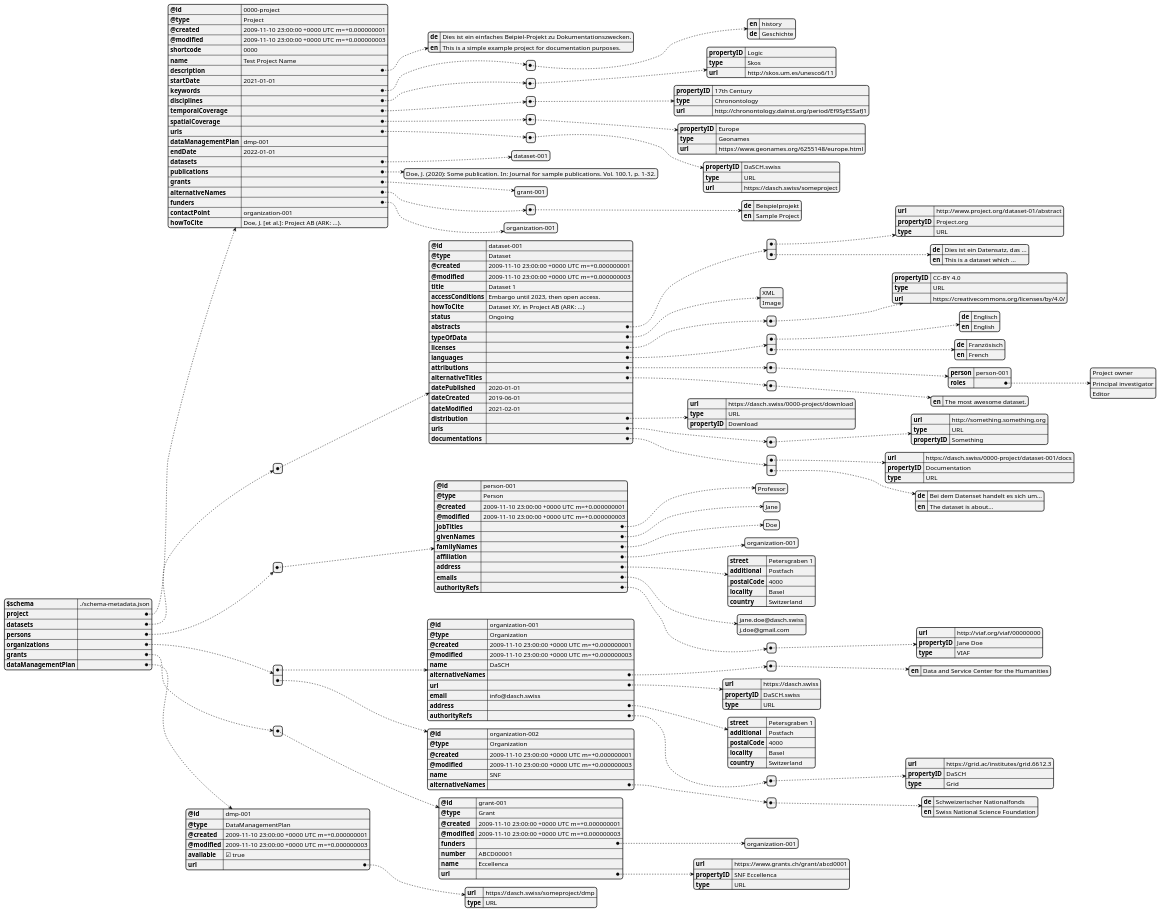
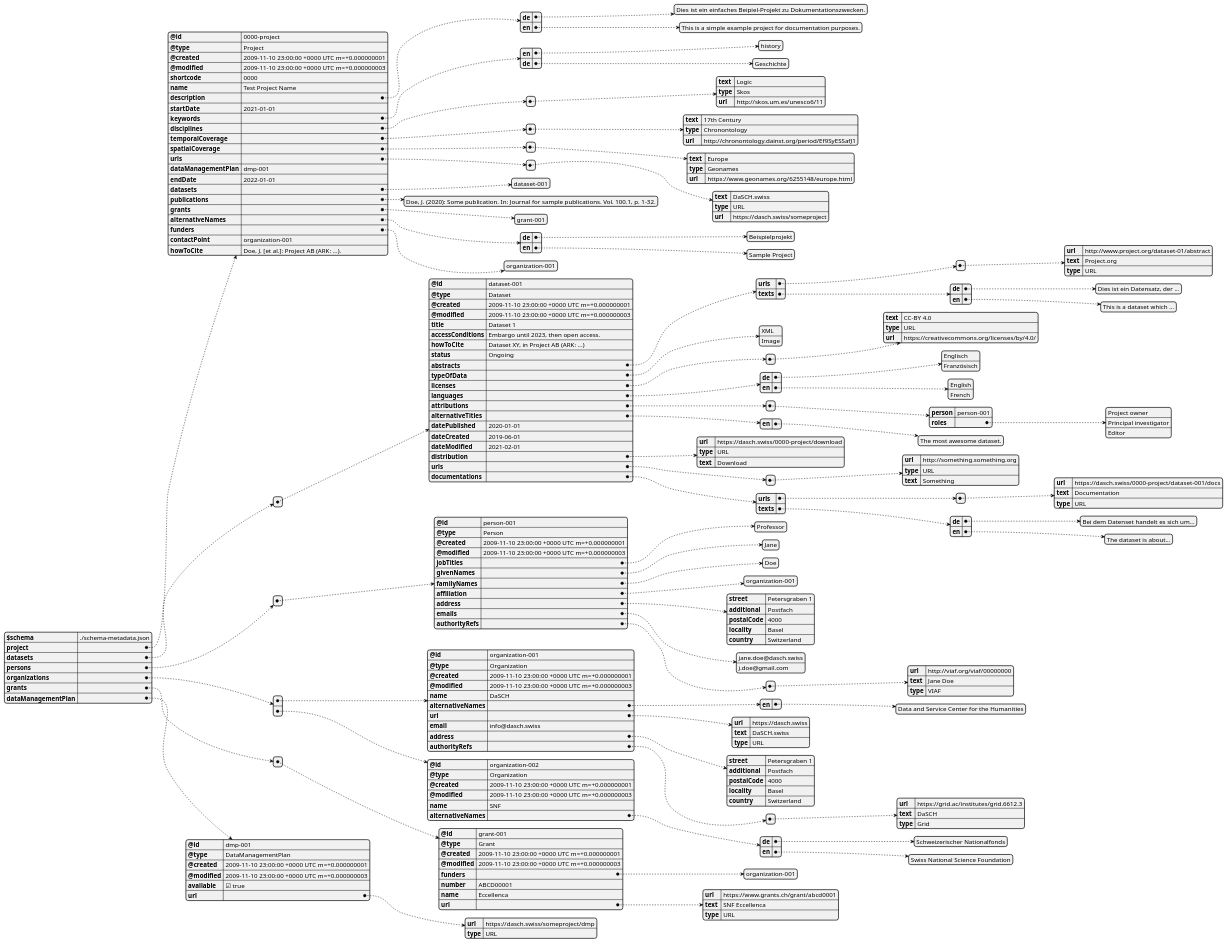
Before and after one commit to dasch-swiss/dasch-service-platform: the diagram in docs/services/metadata/api-example.puml, drawn with PlantUML. The commit also changed 2 other files, not shown here.

Commit message:
docs(metadata-service): restructure multi language text with single cardinality

```diff
--- a/docs/services/metadata/api-example.puml
+++ b/docs/services/metadata/api-example.puml
@@ -10,40 +10,42 @@
     "shortcode": "0000",
     "name": "Test Project Name",
     "description": {
-      "de": "Dies ist ein einfaches Beipiel-Projekt zu Dokumentationszwecken.",
-      "en": "This is a simple example project for documentation purposes."
+      "de": ["Dies ist ein einfaches Beipiel-Projekt zu Dokumentationszwecken."],
+      "en": ["This is a simple example project for documentation purposes."]
     },
     "startDate": "2021-01-01",
-    "keywords": [
-      {
-        "en": "history",
-        "de": "Geschichte"
-      }
-    ],
+    "keywords": {
+      "en": [
+        "history"
+      ],
+      "de": [
+        "Geschichte"
+      ]
+    },
     "disciplines": [
       {
-        "propertyID": "Logic",
+        "text": "Logic",
         "type": "Skos",
         "url": "http://skos.um.es/unesco6/11"
       }
     ],
     "temporalCoverage": [
       {
-        "propertyID": "17th Century",
+        "text": "17th Century",
         "type": "Chronontology",
         "url": "http://chronontology.dainst.org/period/Ef9SyESSafJ1"
       }
     ],
     "spatialCoverage": [
       {
-        "propertyID": "Europe",
+        "text": "Europe",
         "type": "Geonames",
         "url": "https://www.geonames.org/6255148/europe.html"
       }
     ],
     "urls": [
       {
-        "propertyID": "DaSCH.swiss",
+        "text": "DaSCH.swiss",
         "type": "URL",
         "url": "https://dasch.swiss/someproject"
       }
@@ -59,12 +61,14 @@
     "grants": [
       "grant-001"
     ],
-    "alternativeNames": [
-      {
-        "de": "Beispielprojekt",
-        "en": "Sample Project"
-      }
-    ],
+    "alternativeNames": {
+      "de": [
+        "Beispielprojekt"
+      ],
+      "en": [
+        "Sample Project"
+      ]
+    },
     "funders": [
       "organization-001"
     ],
@@ -81,38 +85,44 @@
       "accessConditions": "Embargo until 2023, then open access.",
       "howToCite": "Dataset XY, in Project AB (ARK: ...)",
       "status": "Ongoing",
-      "abstracts": [
-        {
-          "url": "http://www.project.org/dataset-01/abstract",
-          "propertyID": "Project.org",
-          "type": "URL"
-        },
-        {
-          "de": "Dies ist ein Datensatz, das ...",
-          "en": "This is a dataset which ..."
+      "abstracts": {
+        "urls": [
+          {
+            "url": "http://www.project.org/dataset-01/abstract",
+            "text": "Project.org",
+            "type": "URL"
+          }
+        ],
+        "texts": {
+          "de": [
+            "Dies ist ein Datensatz, der ..."
+          ],
+          "en": [
+            "This is a dataset which ..."
+          ]
         }
-      ],
+      },
       "typeOfData": [
         "XML",
         "Image"
       ],
       "licenses": [
         {
-          "propertyID": "CC-BY 4.0",
+          "text": "CC-BY 4.0",
           "type": "URL",
           "url": "https://creativecommons.org/licenses/by/4.0/"
         }
       ],
-      "languages": [
-        {
-          "de": "Englisch",
-          "en": "English"
-        },
-        {
-          "de": "Französisch",
-          "en": "French"
-        }
-      ],
+      "languages": {
+        "de": [
+          "Englisch",
+          "Französisch"
+        ],
+        "en": [
+          "English",
+          "French"
+        ]
+      },
       "attributions": [
         {
           "person": "person-001",
@@ -123,37 +133,43 @@
           ]
         }
       ],
-      "alternativeTitles": [
-        {
-          "en": "The most awesome dataset."
-        }
-      ],
+      "alternativeTitles": {
+        "en": [
+          "The most awesome dataset."
+        ]
+      },
       "datePublished": "2020-01-01",
       "dateCreated": "2019-06-01",
       "dateModified": "2021-02-01",
       "distribution": {
         "url": "https://dasch.swiss/0000-project/download",
         "type": "URL",
-        "propertyID": "Download"
+        "text": "Download"
       },
       "urls": [
         {
           "url": "http://something.something.org",
           "type": "URL",
-          "propertyID": "Something"
+          "text": "Something"
         }
       ],
-      "documentations": [
-        {
-          "url": "https://dasch.swiss/0000-project/dataset-001/docs",
-          "propertyID": "Documentation",
-          "type": "URL"
-        },
-        {
-          "de": "Bei dem Datenset handelt es sich um...",
-          "en": "The dataset is about..."
+      "documentations": {
+        "urls": [
+          {
+            "url": "https://dasch.swiss/0000-project/dataset-001/docs",
+            "text": "Documentation",
+            "type": "URL"
+          }
+        ],
+        "texts": {
+          "de": [
+            "Bei dem Datenset handelt es sich um..."
+          ],
+          "en": [
+            "The dataset is about..."
+          ]
         }
-      ]
+      }
     }
   ],
   "persons": [
@@ -188,7 +204,7 @@
       "authorityRefs": [
         {
           "url": "http://viaf.org/viaf/00000000",
-          "propertyID": "Jane Doe",
+          "text": "Jane Doe",
           "type": "VIAF"
         }
       ]
@@ -201,14 +217,14 @@
       "@created": "2009-11-10 23:00:00 +0000 UTC m=+0.000000001",
       "@modified": "2009-11-10 23:00:00 +0000 UTC m=+0.000000003",
       "name": "DaSCH",
-      "alternativeNames": [
-        {
-          "en": "Data and Service Center for the Humanities"
-        }
-      ],
+      "alternativeNames": {
+        "en": [
+          "Data and Service Center for the Humanities"
+        ]
+      },
       "url": {
         "url": "https://dasch.swiss",
-        "propertyID": "DaSCH.swiss",
+        "text": "DaSCH.swiss",
         "type": "URL"
       },
       "email": "info@dasch.swiss",
@@ -222,7 +238,7 @@
       "authorityRefs": [
         {
           "url": "https://grid.ac/institutes/grid.6612.3",
-          "propertyID": "DaSCH",
+          "text": "DaSCH",
           "type": "Grid"
         }
       ]
@@ -233,12 +249,14 @@
       "@created": "2009-11-10 23:00:00 +0000 UTC m=+0.000000001",
       "@modified": "2009-11-10 23:00:00 +0000 UTC m=+0.000000003",
       "name": "SNF",
-      "alternativeNames": [
-        {
-          "de": "Schweizerischer Nationalfonds",
-          "en": "Swiss National Science Foundation"
-        }
-      ]
+      "alternativeNames": {
+        "de": [
+          "Schweizerischer Nationalfonds"
+        ],
+        "en": [
+          "Swiss National Science Foundation"
+        ]
+      }
     }
   ],
   "grants": [
@@ -254,7 +272,7 @@
       "name": "Eccellenca",
       "url": {
         "url": "https://www.grants.ch/grant/abcd0001",
-        "propertyID": "SNF Eccellenca",
+        "text": "SNF Eccellenca",
         "type": "URL"
       }
     }
```
